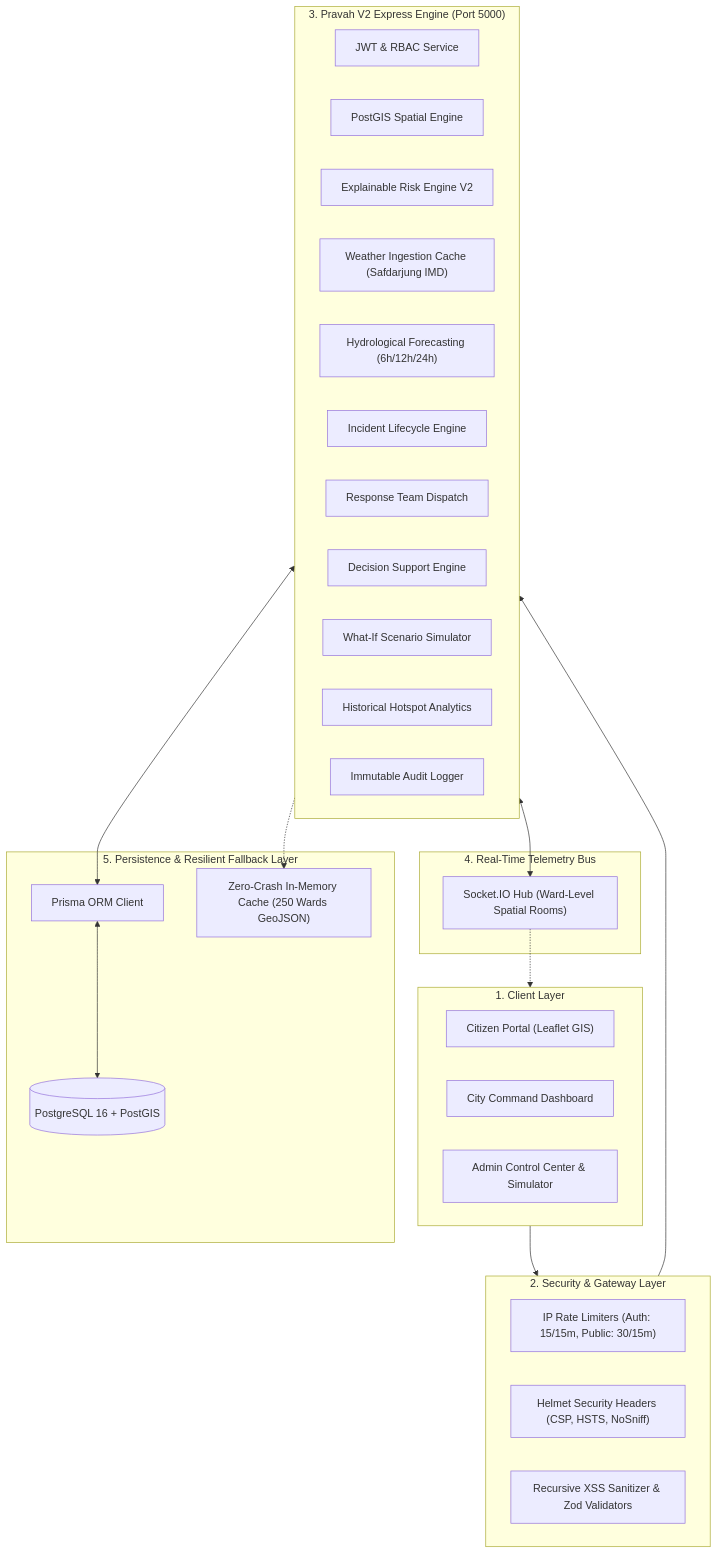
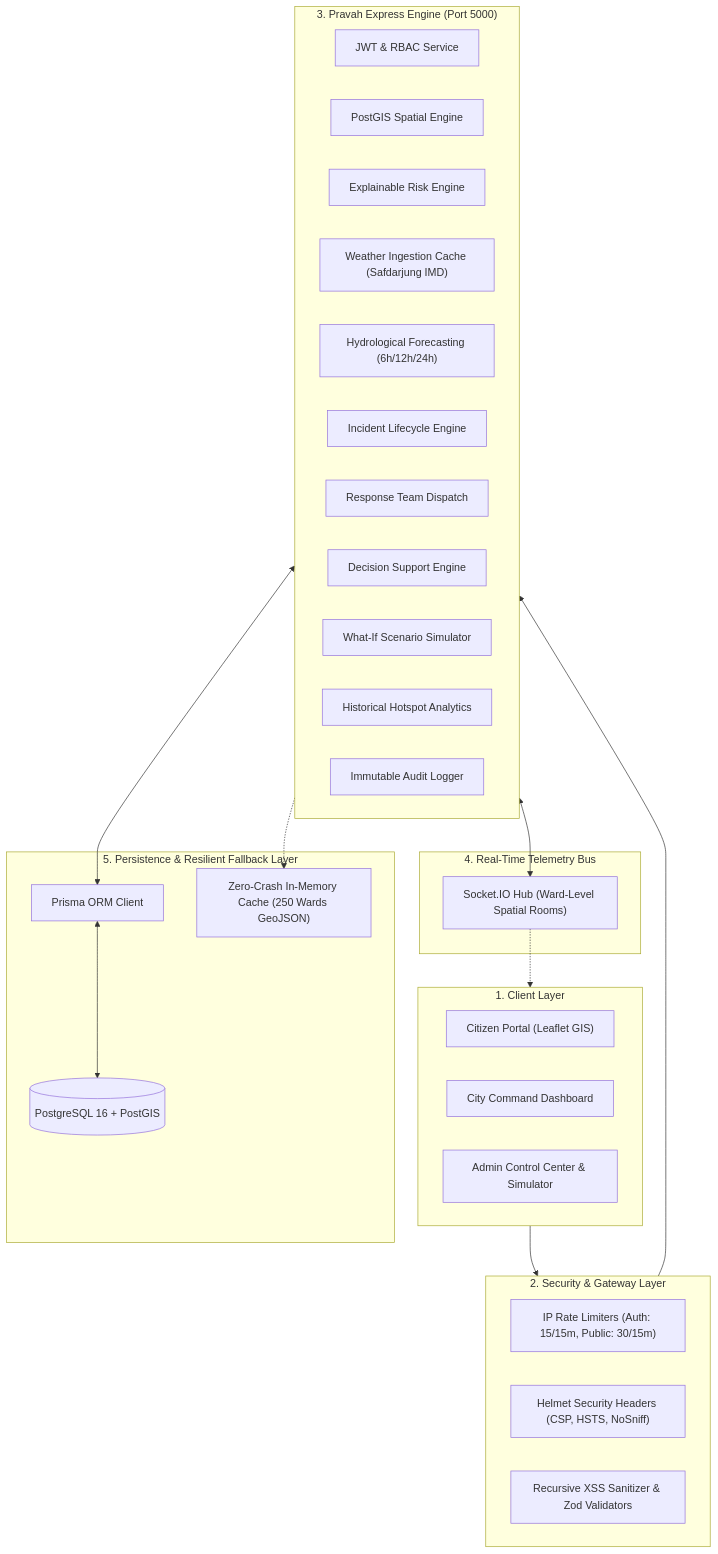
The diagram in README.md (suhaniyadav-netizen/Pravah), drawn with Mermaid before and after one commit. The commit also changed other lines of this file and 1 other file, not shown here.

Commit message:
docs(readme): update branding to Pravah and add author repository link to footer

````diff
--- a/README.md
+++ b/README.md
@@ -130,43 +134,43 @@
 ```mermaid
 flowchart TB
     subgraph Clients["1. Client Layer"]
         CP["Citizen Portal (Leaflet GIS)"]
         CD["City Command Dashboard"]
         AC["Admin Control Center & Simulator"]
     end
 
     subgraph Edge["2. Security & Gateway Layer"]
         RL["IP Rate Limiters (Auth: 15/15m, Public: 30/15m)"]
         SEC["Helmet Security Headers (CSP, HSTS, NoSniff)"]
         XSS["Recursive XSS Sanitizer & Zod Validators"]
     end
 
-    subgraph Core["3. Pravah V2 Express Engine (Port 5000)"]
+    subgraph Core["3. Pravah Express Engine (Port 5000)"]
         AUTH["JWT & RBAC Service"]
         GIS["PostGIS Spatial Engine"]
-        RISK["Explainable Risk Engine V2"]
+        RISK["Explainable Risk Engine"]
         WEATHER["Weather Ingestion Cache (Safdarjung IMD)"]
         FORECAST["Hydrological Forecasting (6h/12h/24h)"]
         INCIDENTS["Incident Lifecycle Engine"]
         DISPATCH["Response Team Dispatch"]
         DECISION["Decision Support Engine"]
         SIM["What-If Scenario Simulator"]
         ANALYTICS["Historical Hotspot Analytics"]
         AUDIT["Immutable Audit Logger"]
     end
 
     subgraph Realtime["4. Real-Time Telemetry Bus"]
         SIO["Socket.IO Hub (Ward-Level Spatial Rooms)"]
     end
 
     subgraph Persistence["5. Persistence & Resilient Fallback Layer"]
         PRISMA["Prisma ORM Client"]
         PG[("PostgreSQL 16 + PostGIS")]
         FALLBACK["Zero-Crash In-Memory Cache (250 Wards GeoJSON)"]
     end
 
     Clients --> Edge --> Core
     Core <--> SIO -.-> Clients
     Core <--> PRISMA <--> PG
     Core -.-> FALLBACK
 ```
````
